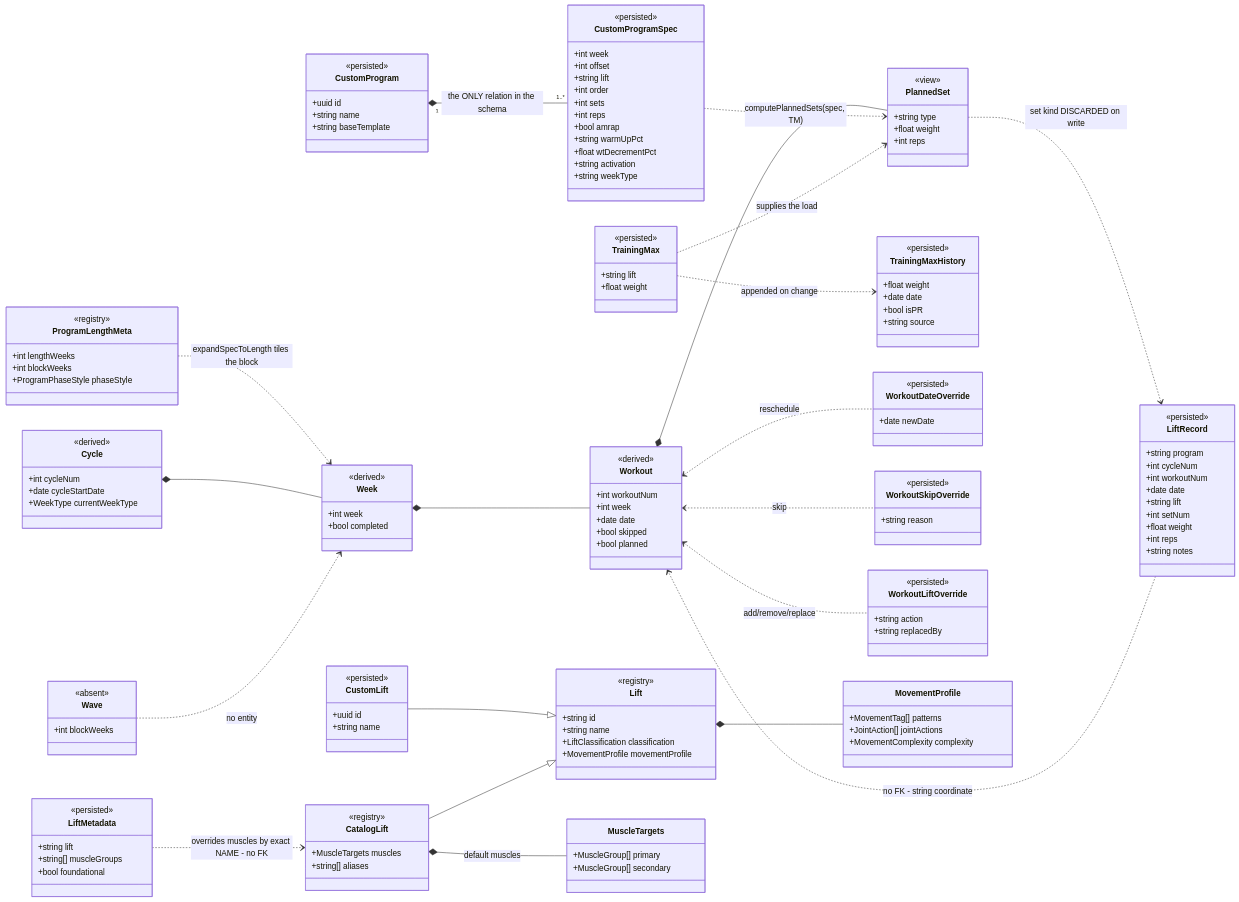
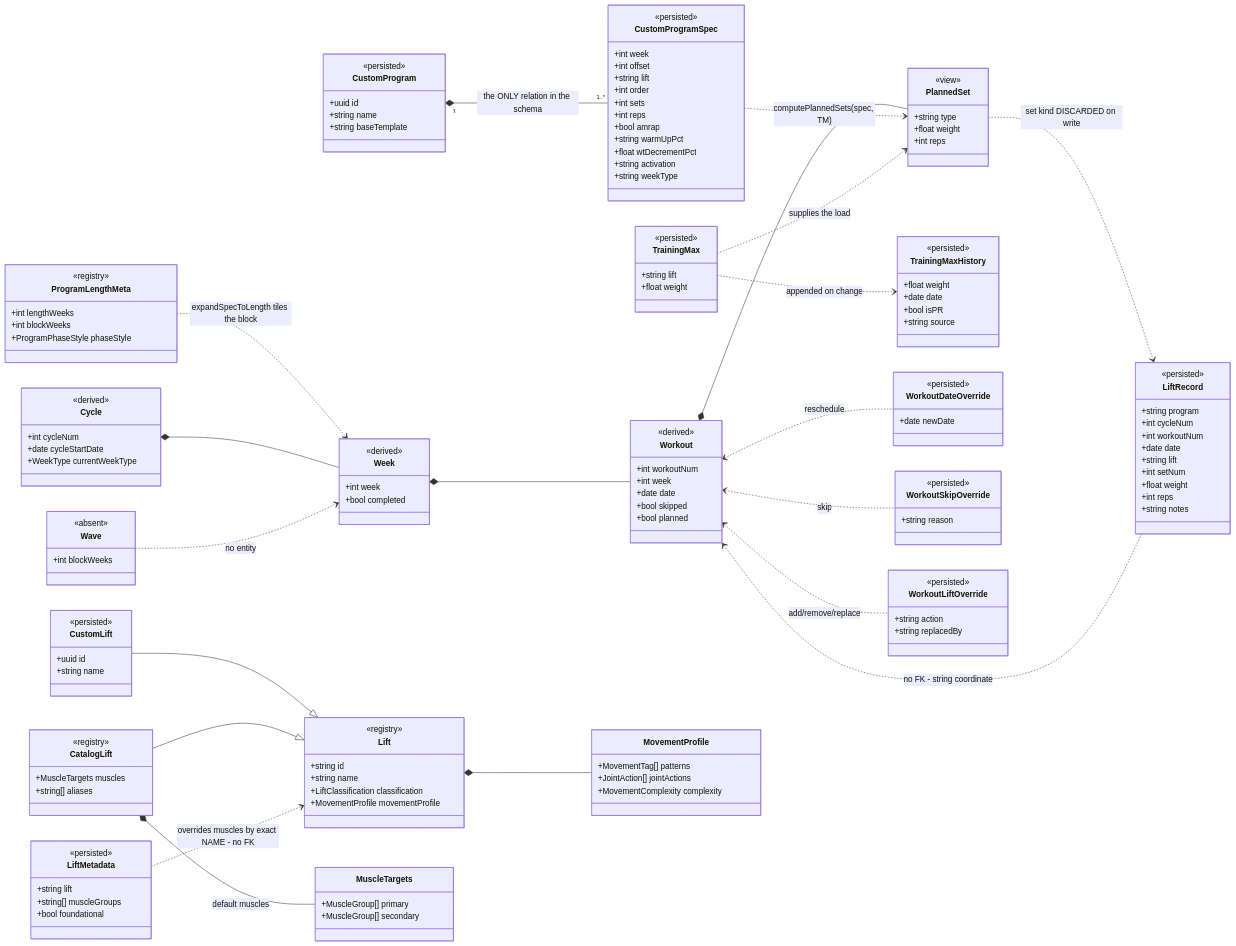
The diagram in docs/domain-model.md (merickvaughn/lifting-logbook), drawn with Mermaid before and after one commit. The commit also changed other lines of this file and 12 other files, not shown here.

````diff
--- a/docs/domain-model.md
+++ b/docs/domain-model.md
@@ -411,6 +421,6 @@
     CustomLift --|> Lift
     CatalogLift --|> Lift
     CatalogLift *-- MuscleTargets : default muscles
-    LiftMetadata ..> CatalogLift : overrides muscles by exact NAME - no FK
+    LiftMetadata ..> Lift : overrides muscles by exact NAME - no FK
     TrainingMax ..> TrainingMaxHistory : appended on change
 ```
````
